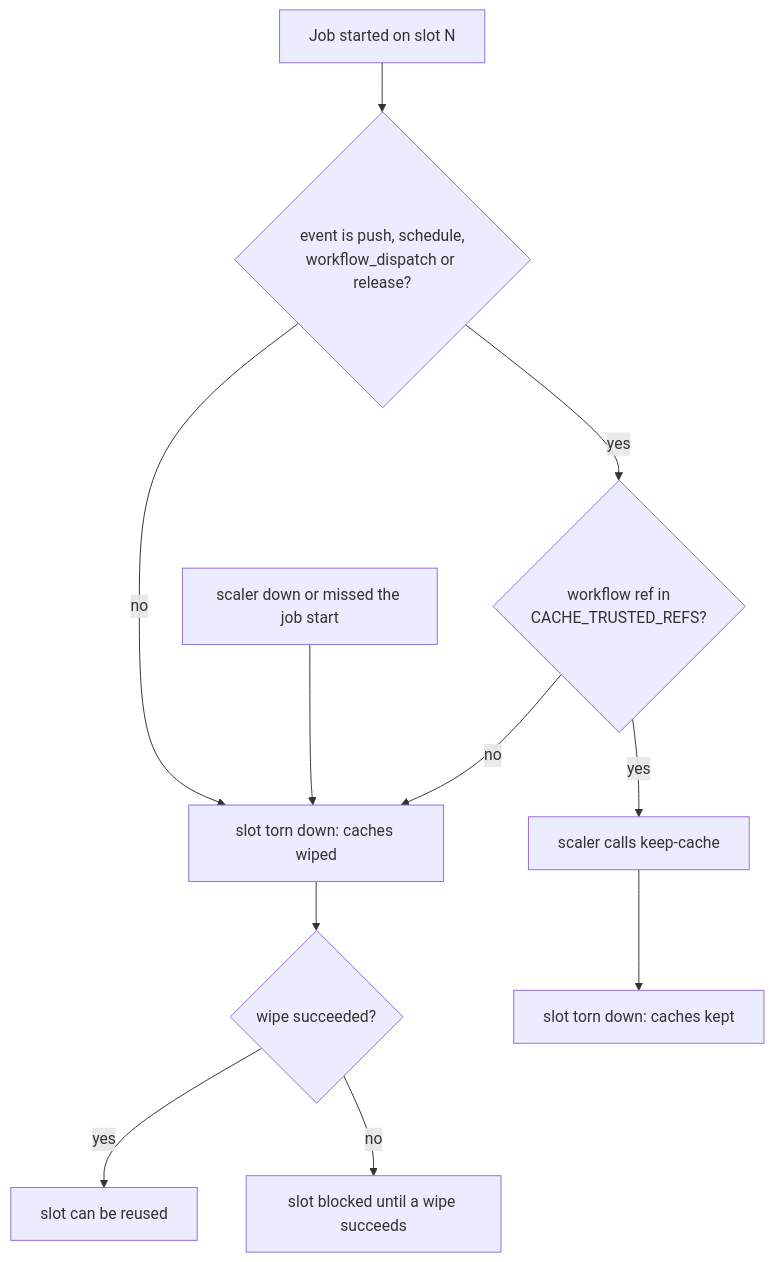
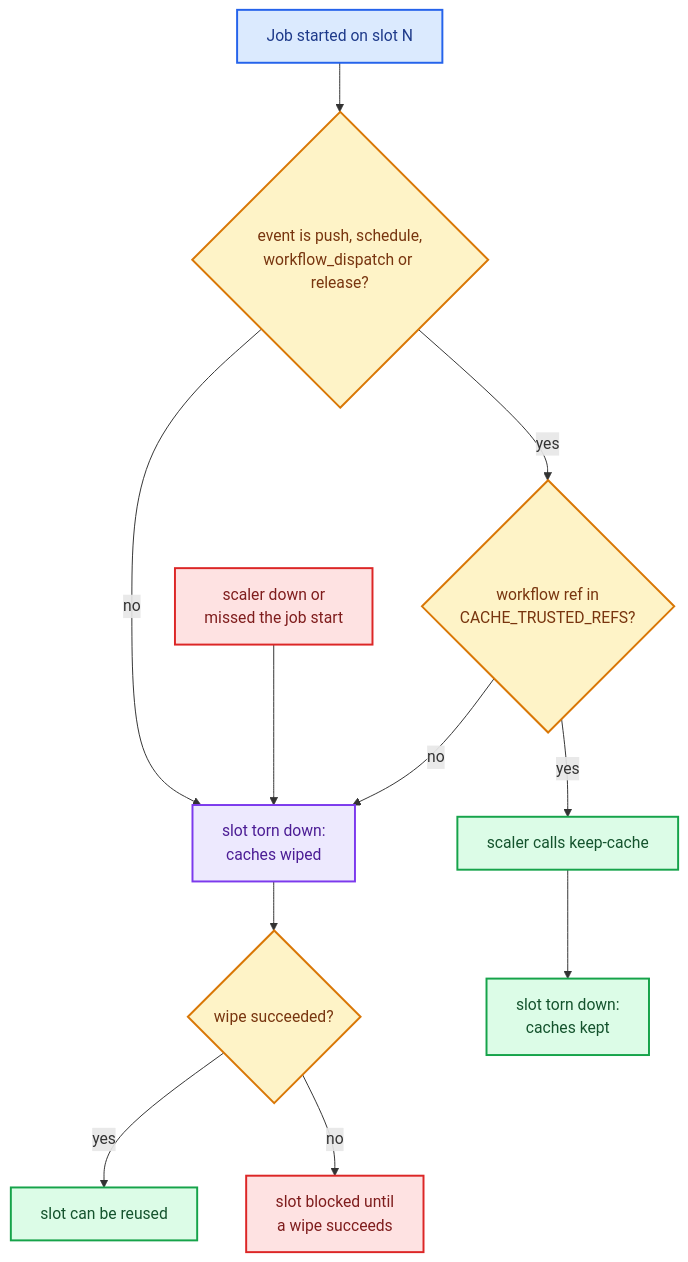
Before and after one commit to MacLeodTech/runner-scaling: the third of 3 diagrams in README.md, drawn with Mermaid. The commit also changed other lines of this file, not shown here.

Commit message:
README: colour the mermaid diagrams

````diff
--- a/README.md
+++ b/README.md
@@ -210,14 +229,20 @@
 ```mermaid
 flowchart TD
-    A["Job started on slot N"] --> B{"event is push, schedule,<br/>workflow_dispatch or release?"}
+    A["Job started on slot N"]:::start --> B{"event is push, schedule,<br/>workflow_dispatch or release?"}:::q
     B -- no --> W
-    B -- yes --> C{"workflow ref in<br/>CACHE_TRUSTED_REFS?"}
+    B -- yes --> C{"workflow ref in<br/>CACHE_TRUSTED_REFS?"}:::q
     C -- no --> W
-    C -- yes --> V["scaler calls keep-cache"]
-    V --> K["slot torn down: caches kept"]
-    W["slot torn down: caches wiped"]
-    M["scaler down or missed the job start"] --> W
-    W --> F{"wipe succeeded?"}
-    F -- yes --> R["slot can be reused"]
-    F -- no --> X["slot blocked until a wipe succeeds"]
+    C -- yes --> V["scaler calls keep-cache"]:::good
+    V --> K["slot torn down:<br/>caches kept"]:::good
+    W["slot torn down:<br/>caches wiped"]:::wipe
+    M["scaler down or<br/>missed the job start"]:::bad --> W
+    W --> F{"wipe succeeded?"}:::q
+    F -- yes --> R["slot can be reused"]:::good
+    F -- no --> X["slot blocked until<br/>a wipe succeeds"]:::bad
+
+    classDef start fill:#dbeafe,stroke:#2563eb,stroke-width:2px,color:#1e3a8a
+    classDef q fill:#fef3c7,stroke:#d97706,stroke-width:2px,color:#78350f
+    classDef good fill:#dcfce7,stroke:#16a34a,stroke-width:2px,color:#14532d
+    classDef wipe fill:#ede9fe,stroke:#7c3aed,stroke-width:2px,color:#4c1d95
+    classDef bad fill:#fee2e2,stroke:#dc2626,stroke-width:2px,color:#7f1d1d
 ```
````
